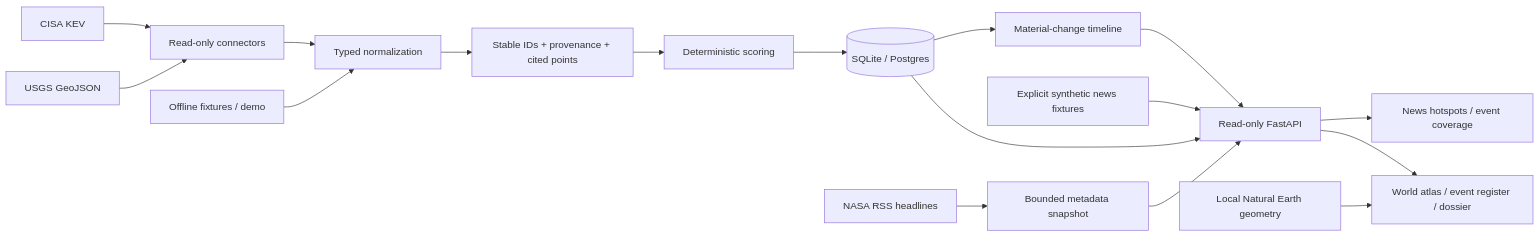
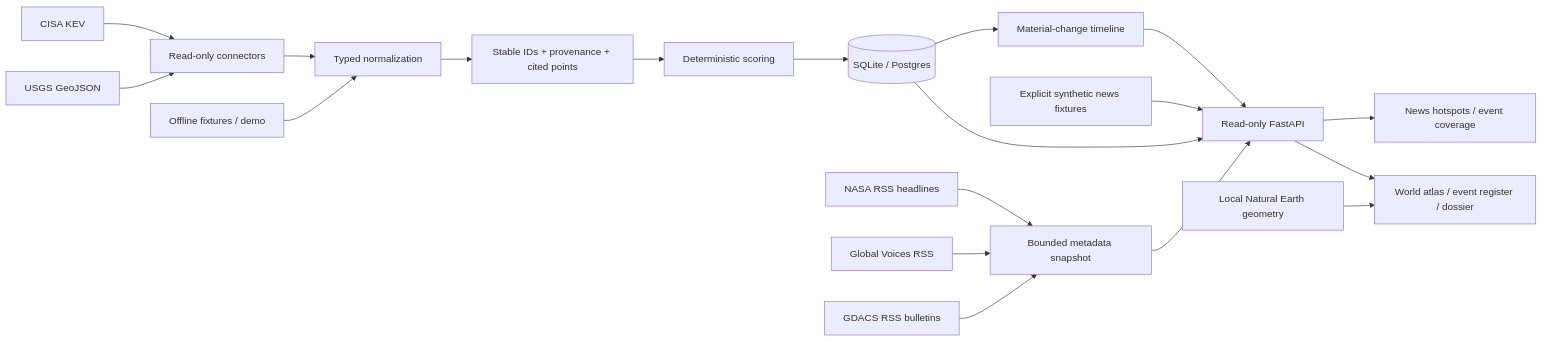
The diagram in README.md (ParsingMAINFRAME/ThreatMon), drawn with Mermaid before and after one commit. The commit also changed other lines of this file and 26 other files, not shown here.

````diff
--- a/README.md
+++ b/README.md
@@ -121,19 +127,21 @@
 ```mermaid
 flowchart LR
     U[USGS GeoJSON] --> C[Read-only connectors]
     K[CISA KEV] --> C
     F[Offline fixtures / demo] --> N[Typed normalization]
     C --> N
     N --> P[Stable IDs + provenance + cited points]
     P --> S[Deterministic scoring]
     S --> D[(SQLite / Postgres)]
     D --> A[Read-only FastAPI]
     A --> W[World atlas / event register / dossier]
     R[NASA RSS headlines] --> J[Bounded metadata snapshot]
+    V[Global Voices RSS] --> J
+    B[GDACS RSS bulletins] --> J
     J --> A
     X[Explicit synthetic news fixtures] --> A
     A --> H[News hotspots / event coverage]
     G[Local Natural Earth geometry] --> W
     D --> T[Material-change timeline]
     T --> A
 ```
````
